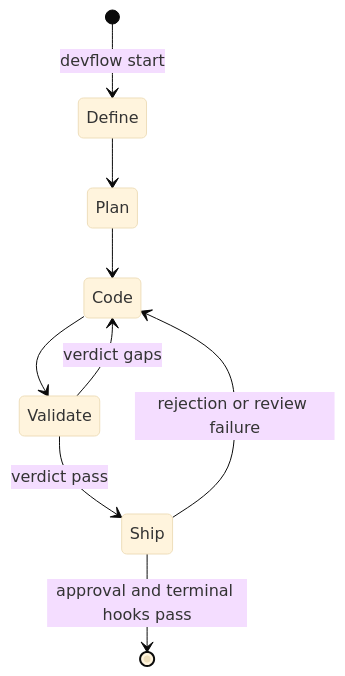
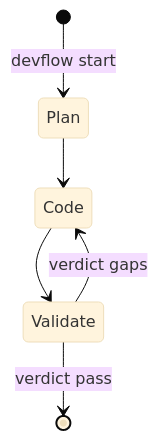
Before and after one commit to denniyahh/devflow: the diagram in docs/architecture/state-machine.md, drawn with Mermaid (base theme). The commit also changed other lines of this file and 8 other files, not shown here.

First line of the commit message:
feat(52-18): docs site describes only Plan, Code and Validate

````diff
--- a/docs/architecture/state-machine.md
+++ b/docs/architecture/state-machine.md
@@ -5,11 +5,8 @@
 ```mermaid
 stateDiagram-v2
-    [*] --> Define: devflow start
-    Define --> Plan
+    [*] --> Plan: devflow start
     Plan --> Code
     Code --> Validate
-    Validate --> Ship: verdict pass
+    Validate --> [*]: verdict pass
     Validate --> Code: verdict gaps
-    Ship --> [*]: approval and terminal hooks pass
-    Ship --> Code: rejection or review failure
 ```
````
